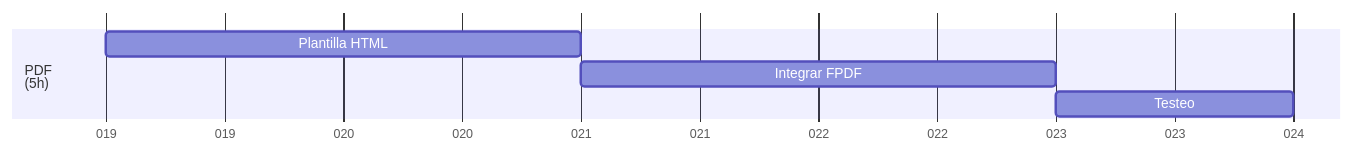
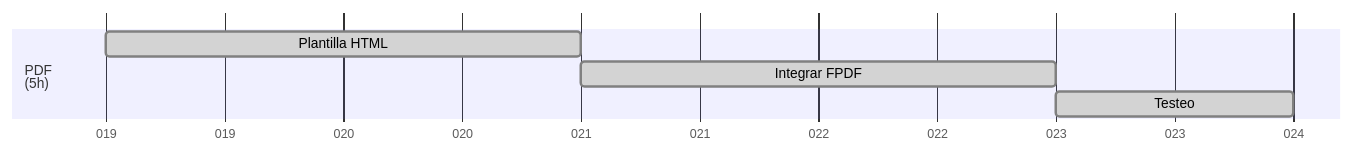
Before and after one commit to Covija97/badentracker: the fifth of 9 diagrams in .md/readme.md, drawn with Mermaid. The commit also changed other lines of this file and 1 other file, not shown here.

````diff
--- a/.md/readme.md
+++ b/.md/readme.md
@@ -79,10 +77,10 @@
 ```mermaid
 gantt
     dateFormat  DDD
     axisFormat %j
 
     section PDF<br>(5h)
-    Plantilla HTML              : 01-19, 2d
-    Integrar FPDF               : 01-21, 2d
-    Testeo                      : 01-23, 1d
+    Plantilla HTML              :done, 01-19, 2d
+    Integrar FPDF               :done, 01-21, 2d
+    Testeo                      :done, 01-23, 1d
 ```
````
